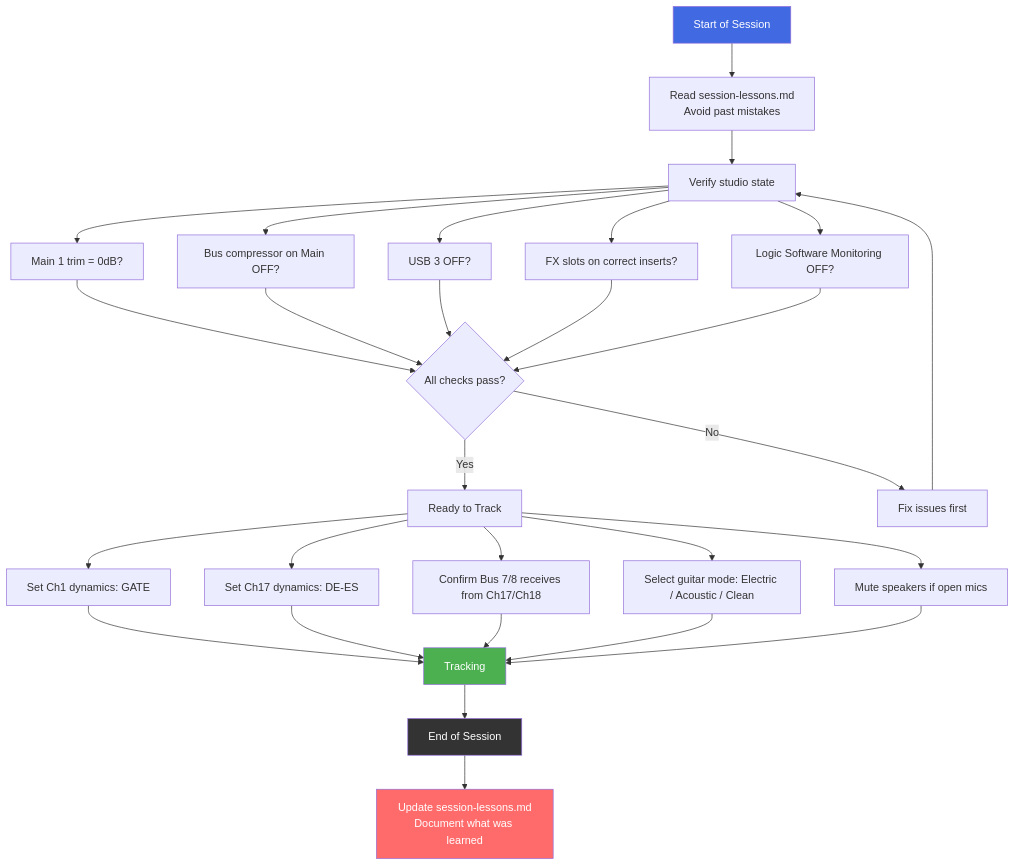
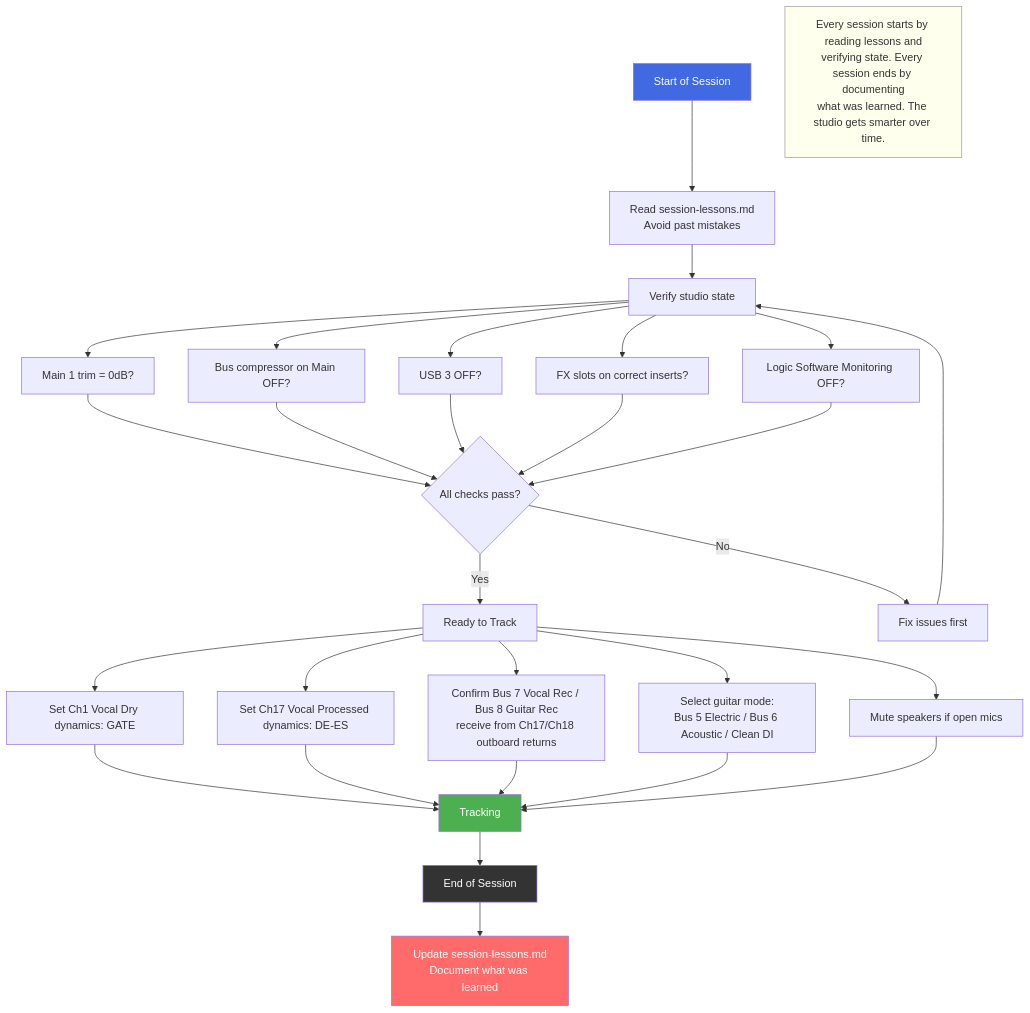
Before and after one commit to ldenman/studio-setup: diagram 15 of 19 in docs/diagrams.md, drawn with Mermaid. The commit also changed other lines of this file, not shown here.

First line of the commit message:
Add names to all bus/channel references, summary notes on every diagram

````diff
--- a/docs/diagrams.md
+++ b/docs/diagrams.md
@@ -529,41 +557,44 @@
 ```mermaid
 flowchart TD
     START[Start of Session] --> READ[Read session-lessons.md<br/>Avoid past mistakes]
     READ --> VERIFY[Verify studio state]
 
     VERIFY --> V1[Main 1 trim = 0dB?]
     VERIFY --> V2[Bus compressor on Main OFF?]
     VERIFY --> V3[USB 3 OFF?]
     VERIFY --> V4[FX slots on correct inserts?]
     VERIFY --> V5[Logic Software Monitoring OFF?]
 
     V1 --> READY{All checks pass?}
     V2 --> READY
     V3 --> READY
     V4 --> READY
     V5 --> READY
 
     READY -->|Yes| TRACK[Ready to Track]
     READY -->|No| FIX[Fix issues first]
     FIX --> VERIFY
 
-    TRACK --> T1[Set Ch1 dynamics: GATE]
-    TRACK --> T2[Set Ch17 dynamics: DE-ES]
-    TRACK --> T3[Confirm Bus 7/8 receives from Ch17/Ch18]
-    TRACK --> T4[Select guitar mode: Electric / Acoustic / Clean]
+    TRACK --> T1[Set Ch1 Vocal Dry dynamics: GATE]
+    TRACK --> T2[Set Ch17 Vocal Processed dynamics: DE-ES]
+    TRACK --> T3[Confirm Bus 7 Vocal Rec / Bus 8 Guitar Rec<br/>receive from Ch17/Ch18 outboard returns]
+    TRACK --> T4[Select guitar mode:<br/>Bus 5 Electric / Bus 6 Acoustic / Clean DI]
     TRACK --> T5[Mute speakers if open mics]
 
     T1 --> GO[Tracking]
     T2 --> GO
     T3 --> GO
     T4 --> GO
     T5 --> GO
 
     GO --> END_SESSION[End of Session]
     END_SESSION --> UPDATE[Update session-lessons.md<br/>Document what was learned]
 
+    NOTE[Every session starts by reading lessons and<br/>verifying state. Every session ends by documenting<br/>what was learned. The studio gets smarter over time.]
+
+    style NOTE fill:#ffe,stroke:#999
     style START fill:#4169E1,color:#fff
     style GO fill:#4CAF50,color:#fff
     style END_SESSION fill:#333,color:#fff
     style UPDATE fill:#FF6B6B,color:#fff
 ```
````
